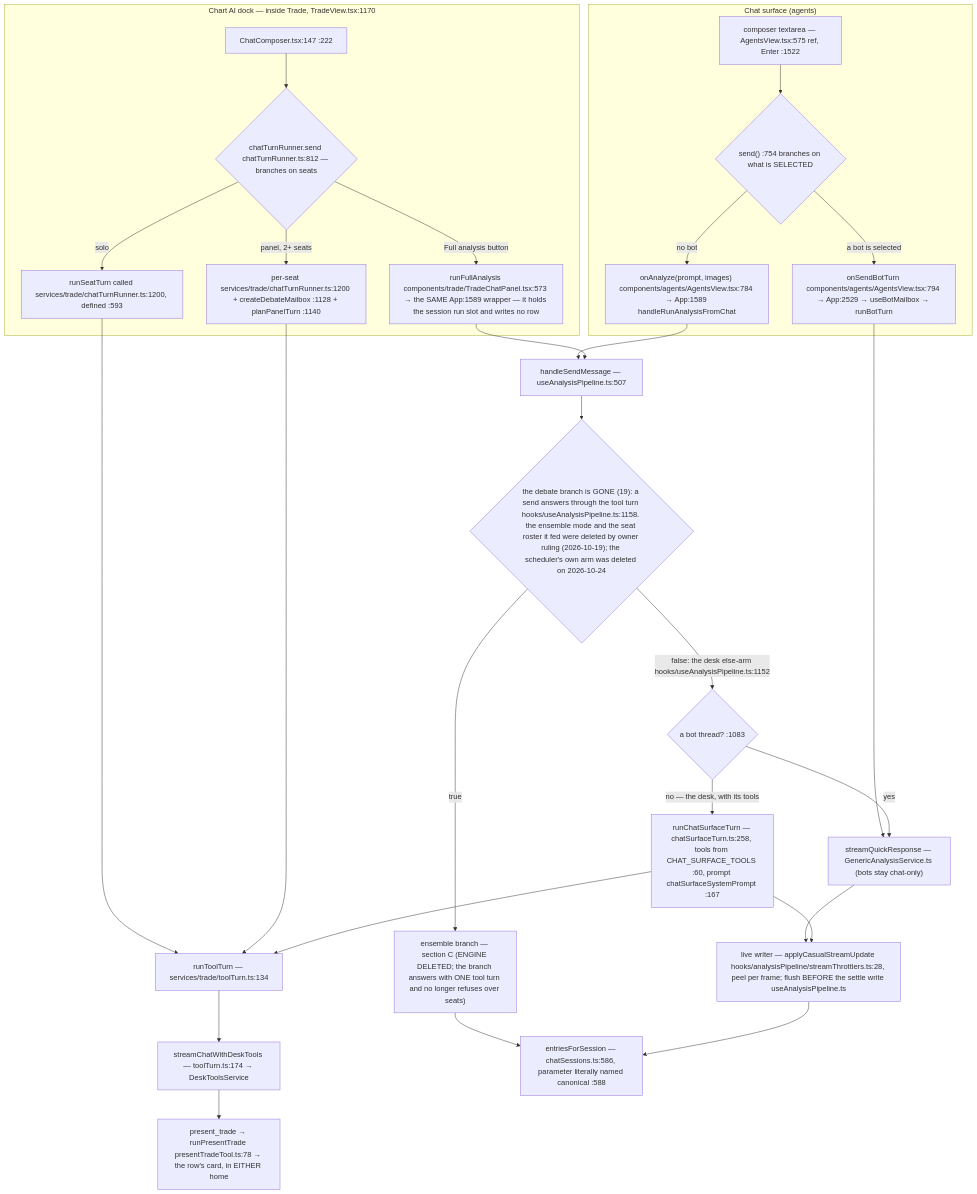
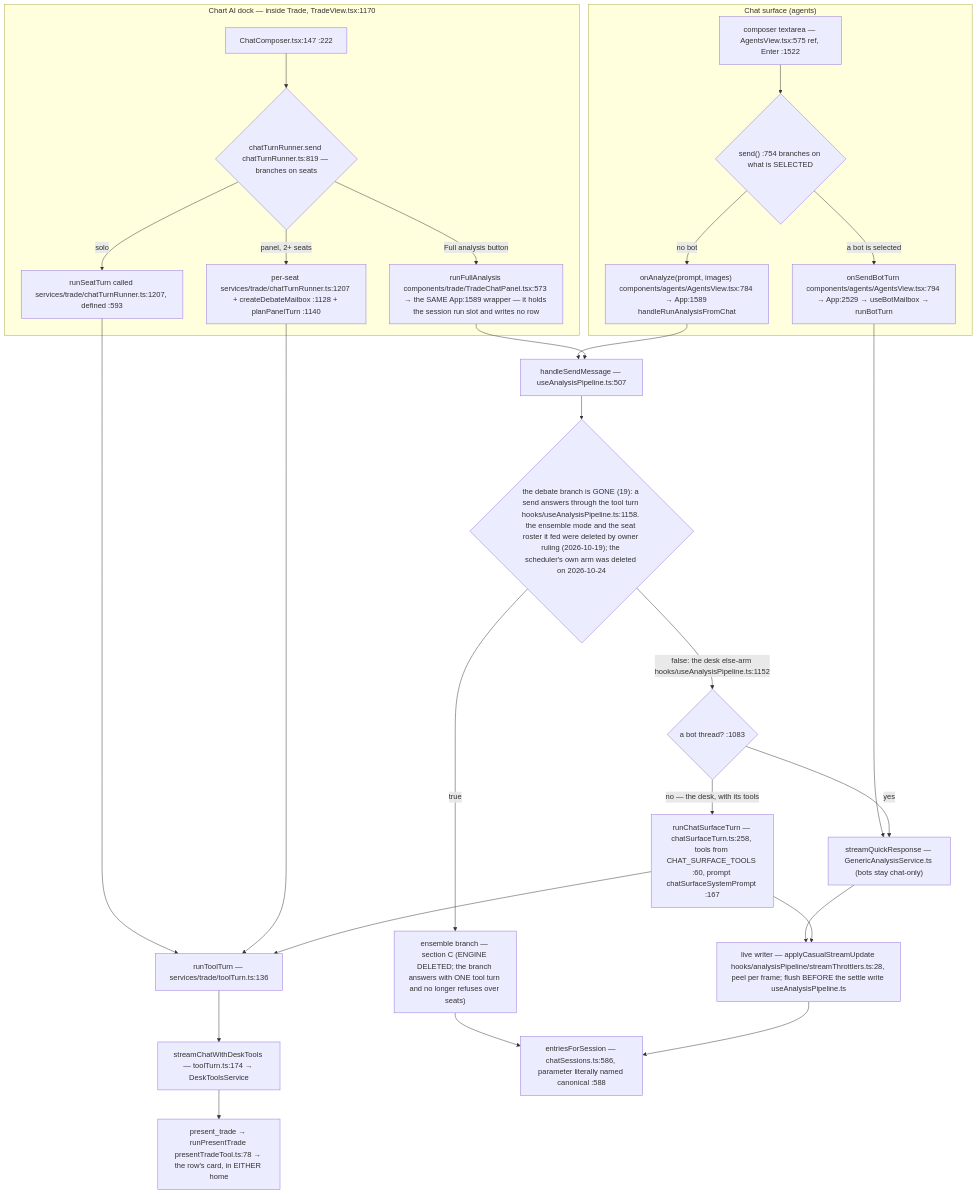
One commit to Acepay25/august-3.5 changed the second of 8 diagrams in docs/app-flow.md. Above: the diagram before and after it, drawn with Mermaid. The commit also changed other lines of this file and 2 other files, not shown here.

First line of the commit message:
docs(flow): re-anchor the citations the consolidation pass moved

````diff
--- a/docs/app-flow.md
+++ b/docs/app-flow.md
@@ -78,31 +78,31 @@
 ```mermaid
 flowchart TD
     subgraph CHAT["Chat surface (agents)"]
         CB["composer textarea — AgentsView.tsx:575 ref, Enter :1522"] --> D1{"send() :754 branches on what is SELECTED"}
         D1 -->|a bot is selected| BOT["onSendBotTurn components/agents/AgentsView.tsx:794 → App:2529 → useBotMailbox → runBotTurn"]
         D1 -->|no bot| AN["onAnalyze(prompt, images) components/agents/AgentsView.tsx:784 → App:1589 handleRunAnalysisFromChat"]
     end
     subgraph DOCK["Chart AI dock — inside Trade, TradeView.tsx:1170"]
-        DC["ChatComposer.tsx:147 :222"] --> D2{"chatTurnRunner.send chatTurnRunner.ts:812 — branches on seats"}
-        D2 -->|solo| SO["runSeatTurn called services/trade/chatTurnRunner.ts:1200, defined :593"]
-        D2 -->|panel, 2+ seats| PN["per-seat services/trade/chatTurnRunner.ts:1200 + createDebateMailbox :1128 + planPanelTurn :1140"]
+        DC["ChatComposer.tsx:147 :222"] --> D2{"chatTurnRunner.send chatTurnRunner.ts:819 — branches on seats"}
+        D2 -->|solo| SO["runSeatTurn called services/trade/chatTurnRunner.ts:1207, defined :593"]
+        D2 -->|panel, 2+ seats| PN["per-seat services/trade/chatTurnRunner.ts:1207 + createDebateMailbox :1128 + planPanelTurn :1140"]
         D2 -->|Full analysis button| FA["runFullAnalysis components/trade/TradeChatPanel.tsx:573 → the SAME App:1589 wrapper — it holds the session run slot and writes no row"]
     end
-    SO --> TT["runToolTurn — services/trade/toolTurn.ts:134"]
+    SO --> TT["runToolTurn — services/trade/toolTurn.ts:136"]
     PN --> TT
     TT --> SCDT["streamChatWithDeskTools — toolTurn.ts:174 → DeskToolsService"]
     BOT --> TR["streamQuickResponse — GenericAnalysisService.ts (bots stay chat-only)"]
     AN --> HSM["handleSendMessage — useAnalysisPipeline.ts:507"]
     FA --> HSM
     HSM --> D3{"the debate branch is GONE (19): a send answers through the tool turn hooks/useAnalysisPipeline.ts:1158. the ensemble mode and the seat roster it fed were deleted by owner ruling (2026-10-19); the scheduler's own arm was deleted on 2026-10-24"}
     D3 -->|true| ENS["ensemble branch — section C (ENGINE DELETED; the branch answers with ONE tool turn and no longer refuses over seats)"]
     D3 -->|false: the desk else-arm hooks/useAnalysisPipeline.ts:1152| SPLIT{"a bot thread? :1083"}
     SPLIT -->|yes| TR
     SPLIT -->|no — the desk, with its tools| CST["runChatSurfaceTurn — chatSurfaceTurn.ts:258, tools from CHAT_SURFACE_TOOLS :60, prompt chatSurfaceSystemPrompt :167"]
     CST --> TT
     TR --> LW["live writer — applyCasualStreamUpdate hooks/analysisPipeline/streamThrottlers.ts:28, peel per frame; flush BEFORE the settle write useAnalysisPipeline.ts"]
     CST --> LW
     ENS --> MERGE
     LW --> MERGE["entriesForSession — chatSessions.ts:586, parameter literally named canonical :588"]
     SCDT --> PT["present_trade → runPresentTrade presentTradeTool.ts:78 → the row's card, in EITHER home"]
 ```
````
